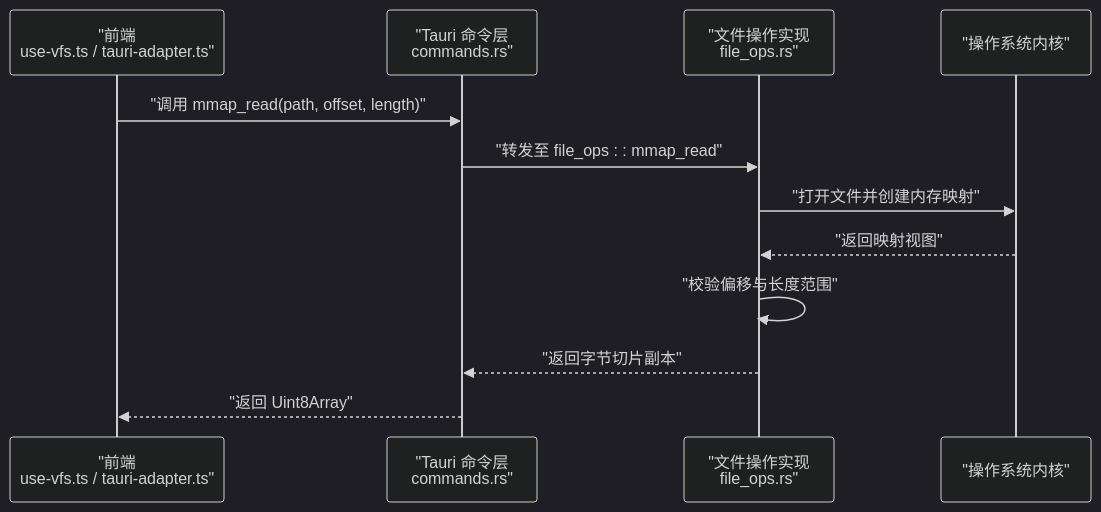
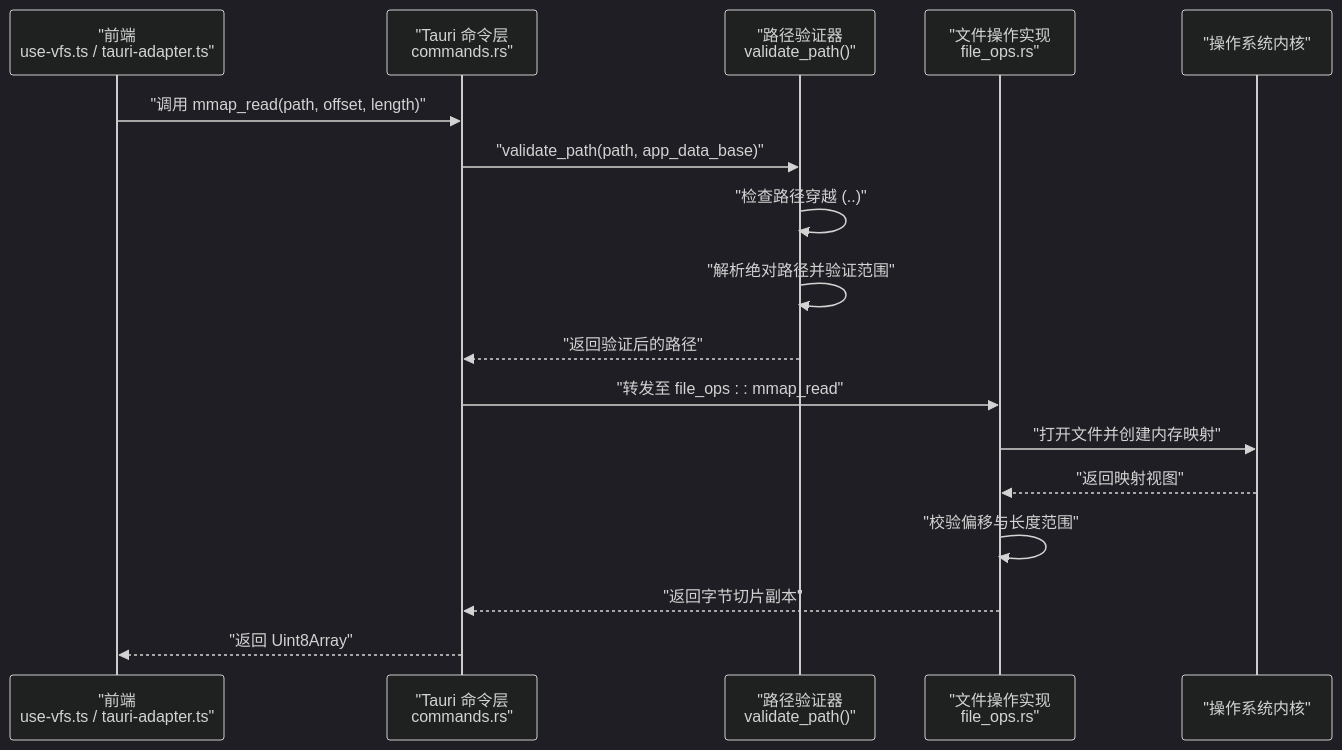
Before and after one commit to taoweidong/Hello-Tauri: the second of 7 diagrams in .qoder/repowiki/zh/content/Tauri 后端/文件系统操作/文件系统操作.md, drawn with Mermaid (dark theme). The commit also changed other lines of this file and 119 other files, not shown here.

````diff
--- a/.qoder/repowiki/zh/content/Tauri 后端/文件系统操作/文件系统操作.md
+++ b/.qoder/repowiki/zh/content/Tauri 后端/文件系统操作/文件系统操作.md
@@ -97,14 +107,19 @@
 ```mermaid
 sequenceDiagram
 participant FE as "前端<br/>use-vfs.ts / tauri-adapter.ts"
 participant IPC as "Tauri 命令层<br/>commands.rs"
+participant Validator as "路径验证器<br/>validate_path()"
 participant FS as "文件操作实现<br/>file_ops.rs"
 participant OS as "操作系统内核"
 FE->>IPC : "调用 mmap_read(path, offset, length)"
+IPC->>Validator : "validate_path(path, app_data_base)"
+Validator->>Validator : "检查路径穿越 (..)"
+Validator->>Validator : "解析绝对路径并验证范围"
+Validator-->>IPC : "返回验证后的路径"
 IPC->>FS : "转发至 file_ops : : mmap_read"
 FS->>OS : "打开文件并创建内存映射"
 OS-->>FS : "返回映射视图"
 FS->>FS : "校验偏移与长度范围"
 FS-->>IPC : "返回字节切片副本"
 IPC-->>FE : "返回 Uint8Array"
 ```
````
